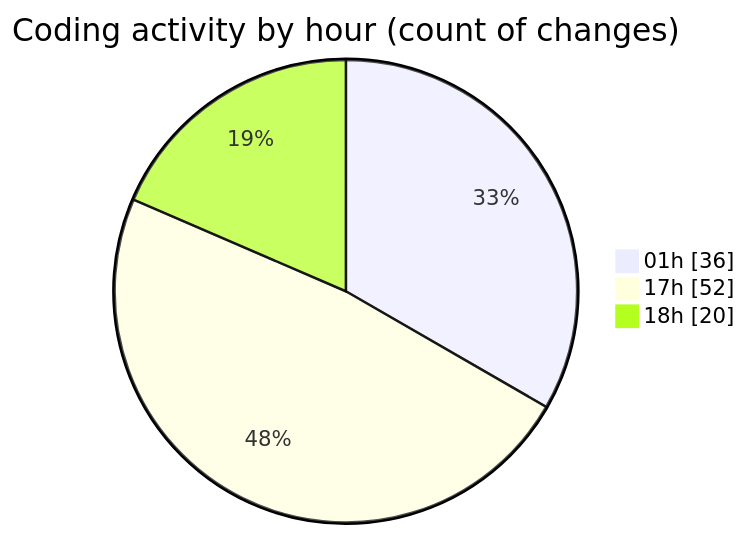
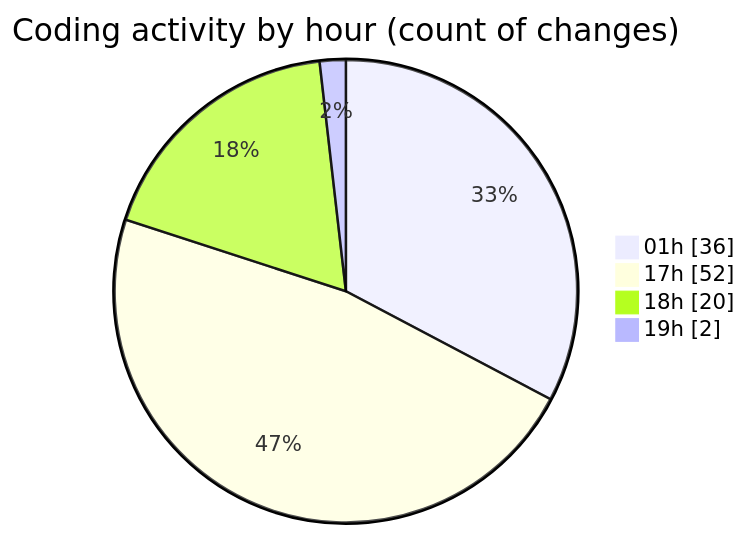
One commit to lephambinh05/code-tracking changed the second of 2 diagrams in 2025-07-29/appproject/README.md. Above: the diagram before and after it, drawn with Mermaid. The commit also changed other lines of this file and 1 other file, not shown here.

````diff
--- a/2025-07-29/appproject/README.md
+++ b/2025-07-29/appproject/README.md
@@ -79,7 +79,8 @@
 ```mermaid
 pie showData
 title Coding activity by hour (count of changes)
 "01h" : 36
 "17h" : 52
 "18h" : 20
+"19h" : 2
 ```
````
